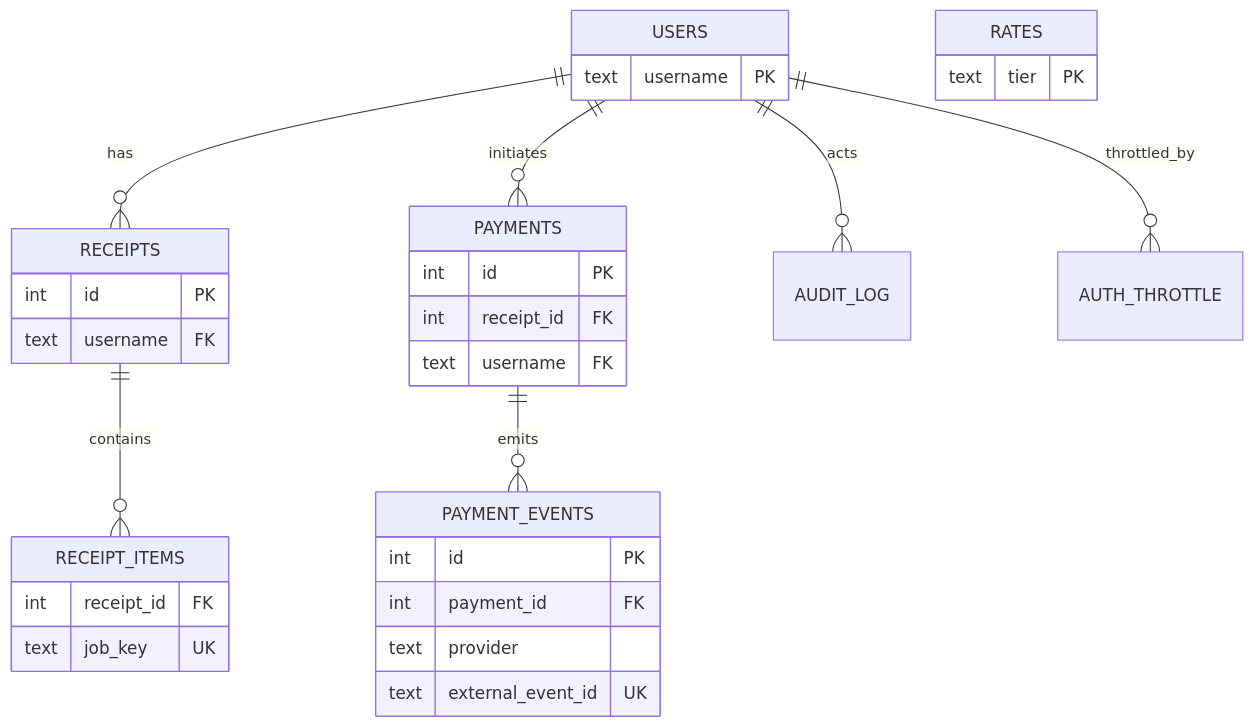
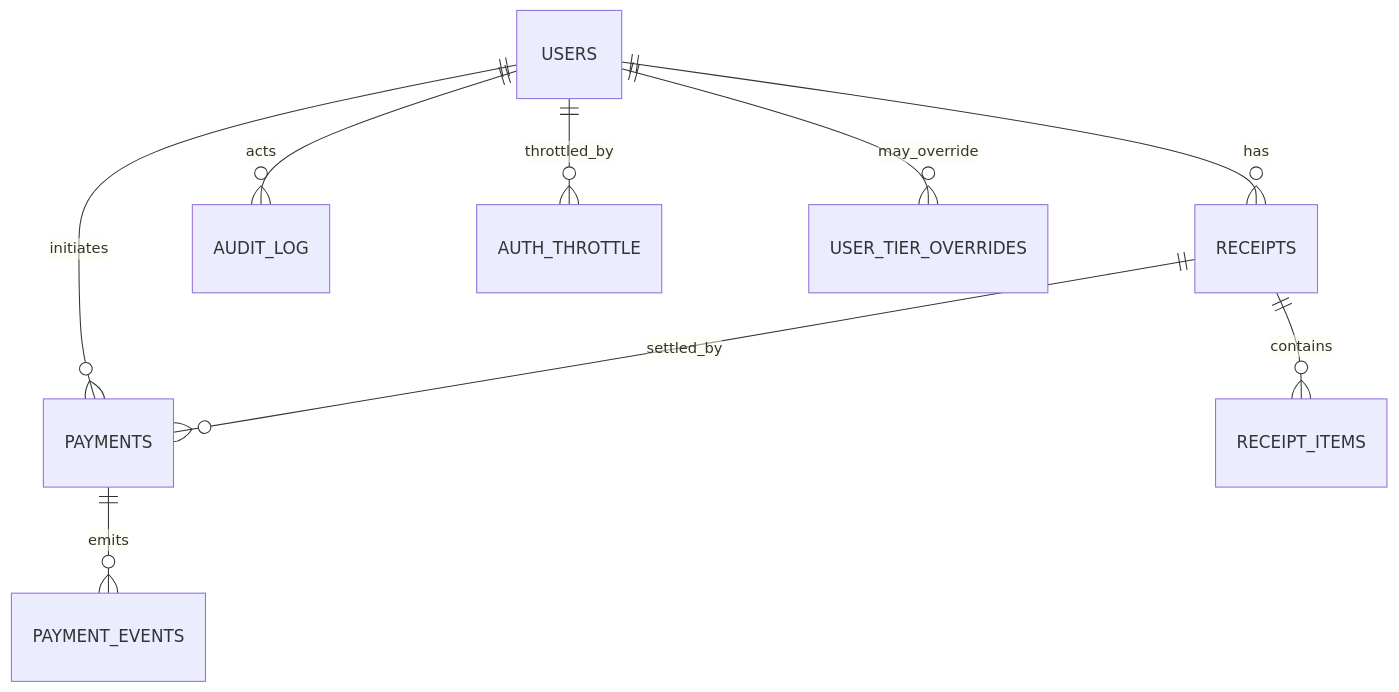
One commit to Purinat33/hpc_flask changed the diagram in docs/16-glossary.md. Above: the diagram before and after it, drawn with Mermaid. The commit also changed other lines of this file and 2 other files, not shown here.

````diff
--- a/docs/16-glossary.md
+++ b/docs/16-glossary.md
@@ -209,41 +240,11 @@
 ```mermaid
 erDiagram
-  USERS ||--o{ RECEIPTS : "has"
-  USERS ||--o{ PAYMENTS : "initiates"
-  RECEIPTS ||--o{ RECEIPT_ITEMS : "contains"
-  PAYMENTS ||--o{ PAYMENT_EVENTS : "emits"
-  USERS ||--o{ AUDIT_LOG : "acts"
-  USERS ||--o{ AUTH_THROTTLE : "throttled_by"
-
-  USERS {
-    text username PK
-  }
-
-  RATES {
-    text tier PK
-  }
-
-  RECEIPTS {
-    int  id PK
-    text username FK
-  }
-
-  RECEIPT_ITEMS {
-    int  receipt_id FK
-    text job_key UK
-  }
-
-  PAYMENTS {
-    int  id PK
-    int  receipt_id FK
-    text username FK
-  }
-
-  PAYMENT_EVENTS {
-    int  id PK
-    int  payment_id FK
-    text provider
-    text external_event_id UK
-  }
-
+  USERS ||--o{ RECEIPTS : has
+  USERS ||--o{ PAYMENTS : initiates
+  RECEIPTS ||--o{ RECEIPT_ITEMS : contains
+  RECEIPTS ||--o{ PAYMENTS : settled_by
+  PAYMENTS ||--o{ PAYMENT_EVENTS : emits
+  USERS ||--o{ AUDIT_LOG : acts
+  USERS ||--o{ AUTH_THROTTLE : throttled_by
+  USERS ||--o{ USER_TIER_OVERRIDES : may_override
 ```
````
